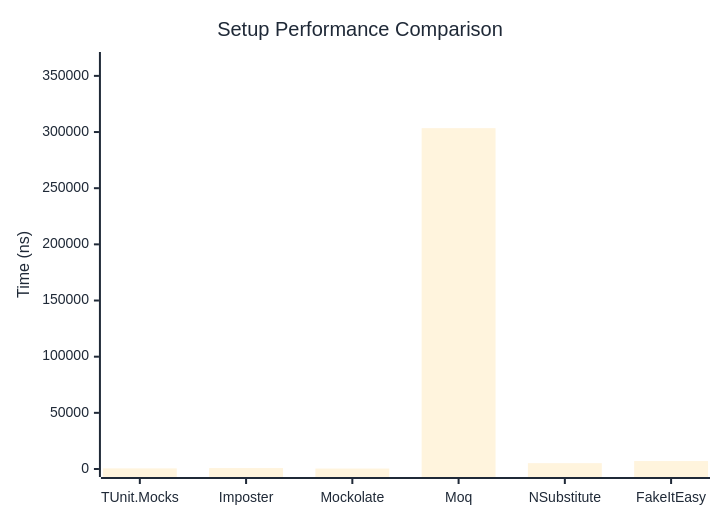
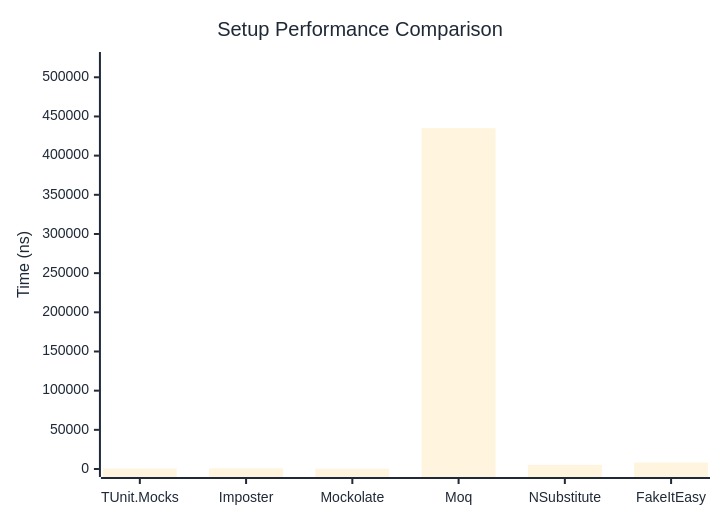
The first of 2 diagrams in docs/docs/benchmarks/mocks/Setup.md (thomhurst/TUnit), drawn with Mermaid before and after one commit. The commit also changed other lines of this file and 14 other files, not shown here.

````diff
--- a/docs/docs/benchmarks/mocks/Setup.md
+++ b/docs/docs/benchmarks/mocks/Setup.md
@@ -30,27 +30,27 @@
 ```mermaid
 %%{init: {
   'theme':'base',
   'themeVariables': {
     'primaryColor': '#2563eb',
     'primaryTextColor': '#1f2937',
     'primaryBorderColor': '#1e40af',
     'lineColor': '#6b7280',
     'secondaryColor': '#7c3aed',
     'tertiaryColor': '#dc2626',
     'background': '#ffffff',
     'pie1': '#2563eb',
     'pie2': '#7c3aed',
     'pie3': '#dc2626',
     'pie4': '#f59e0b',
     'pie5': '#10b981',
     'pie6': '#06b6d4',
     'pie7': '#ec4899',
     'pie8': '#6366f1'
   }
 }}%%
 xychart-beta
   title "Setup Performance Comparison"
   x-axis ["TUnit.Mocks", "Imposter", "Mockolate", "Moq", "NSubstitute", "FakeItEasy"]
-  y-axis "Time (ns)" 0 --> 364135
-  bar [534.1, 827.7, 381.5, 303445.7, 5192.3, 7085.9]
+  y-axis "Time (ns)" 0 --> 522059
+  bar [575.1, 832.6, 336.8, 435048.9, 5396.9, 8277.1]
 ```
````
